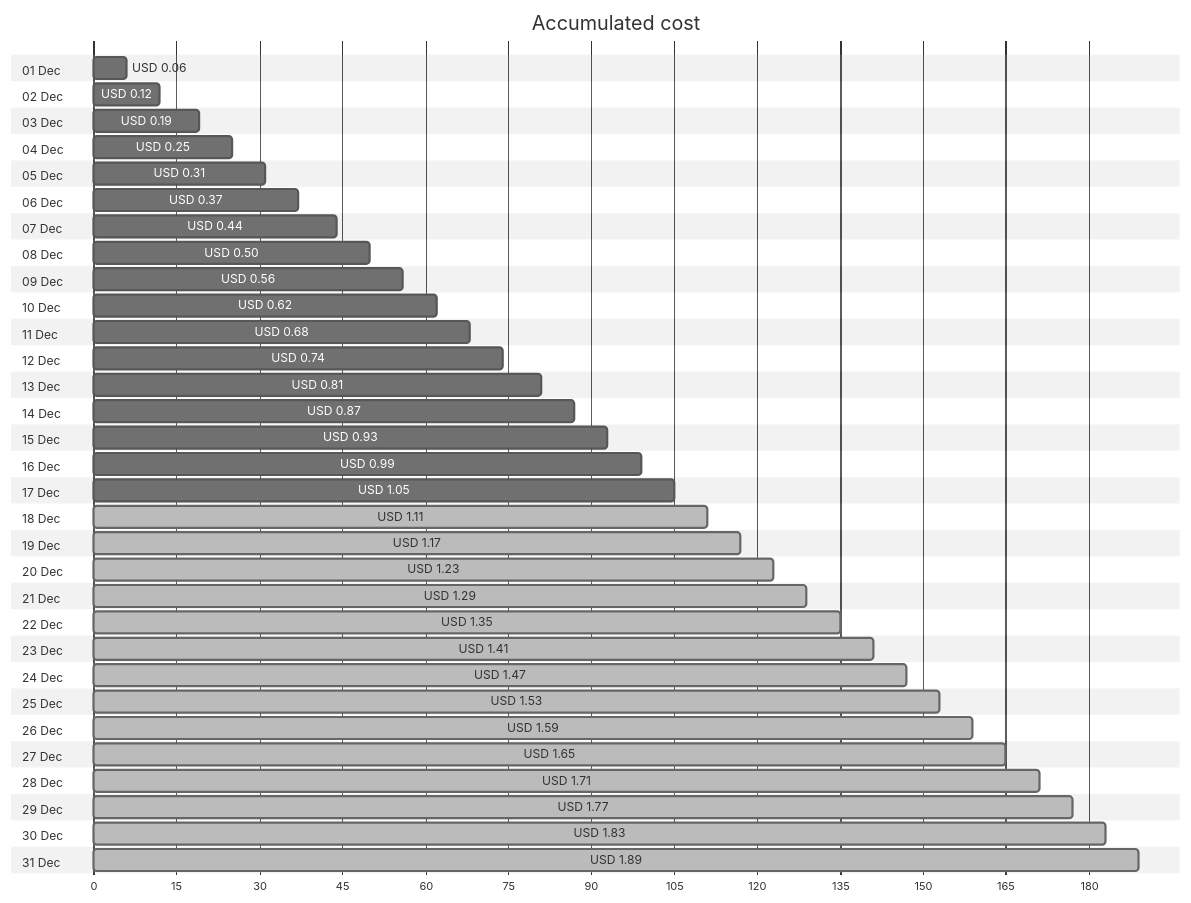
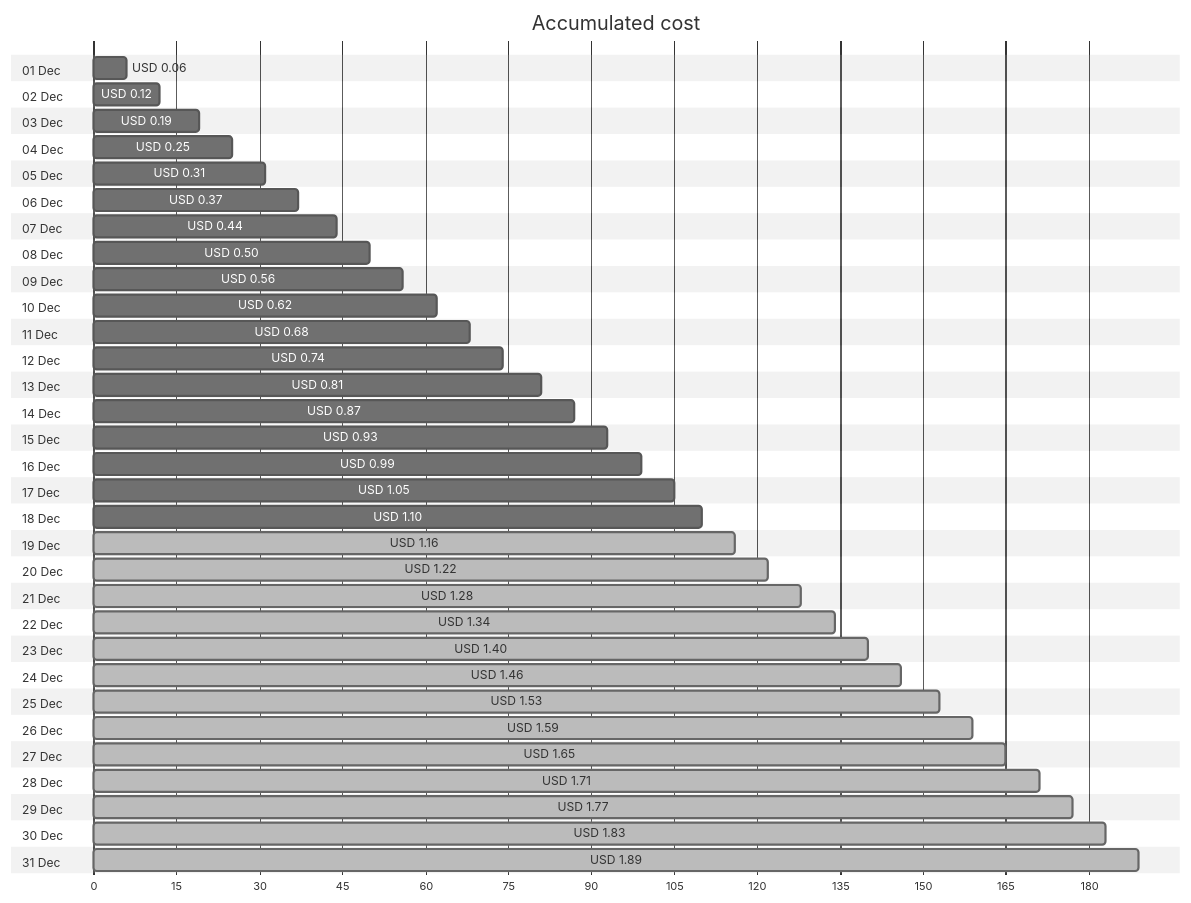
Before and after one commit to jpfulton/azure-personal-reports: the first of 4 diagrams in cost-reports/personal-network/backup-server_OsDisk.md, drawn with Mermaid (neutral theme). The commit also changed other lines of this file and 8 other files, not shown here.

````diff
--- a/cost-reports/personal-network/backup-server_OsDisk.md
+++ b/cost-reports/personal-network/backup-server_OsDisk.md
@@ -20,68 +20,68 @@
 ```mermaid
 gantt
    title Accumulated cost
    dateFormat  X
    axisFormat %s
    section 01 Dec
    USD 0.06 :0, 6
    section 02 Dec
    USD 0.12 :0, 12
    section 03 Dec
    USD 0.19 :0, 19
    section 04 Dec
    USD 0.25 :0, 25
    section 05 Dec
    USD 0.31 :0, 31
    section 06 Dec
    USD 0.37 :0, 37
    section 07 Dec
    USD 0.44 :0, 44
    section 08 Dec
    USD 0.50 :0, 50
    section 09 Dec
    USD 0.56 :0, 56
    section 10 Dec
    USD 0.62 :0, 62
    section 11 Dec
    USD 0.68 :0, 68
    section 12 Dec
    USD 0.74 :0, 74
    section 13 Dec
    USD 0.81 :0, 81
    section 14 Dec
    USD 0.87 :0, 87
    section 15 Dec
    USD 0.93 :0, 93
    section 16 Dec
    USD 0.99 :0, 99
    section 17 Dec
    USD 1.05 :0, 105
    section 18 Dec
-   USD 1.11 : done, 0, 111
+   USD 1.10 :0, 110
    section 19 Dec
-   USD 1.17 : done, 0, 117
+   USD 1.16 : done, 0, 116
    section 20 Dec
-   USD 1.23 : done, 0, 123
+   USD 1.22 : done, 0, 122
    section 21 Dec
-   USD 1.29 : done, 0, 129
+   USD 1.28 : done, 0, 128
    section 22 Dec
-   USD 1.35 : done, 0, 135
+   USD 1.34 : done, 0, 134
    section 23 Dec
-   USD 1.41 : done, 0, 141
+   USD 1.40 : done, 0, 140
    section 24 Dec
-   USD 1.47 : done, 0, 147
+   USD 1.46 : done, 0, 146
    section 25 Dec
    USD 1.53 : done, 0, 153
    section 26 Dec
    USD 1.59 : done, 0, 159
    section 27 Dec
    USD 1.65 : done, 0, 165
    section 28 Dec
    USD 1.71 : done, 0, 171
    section 29 Dec
    USD 1.77 : done, 0, 177
    section 30 Dec
    USD 1.83 : done, 0, 183
    section 31 Dec
    USD 1.89 : done, 0, 189
 ```
````
